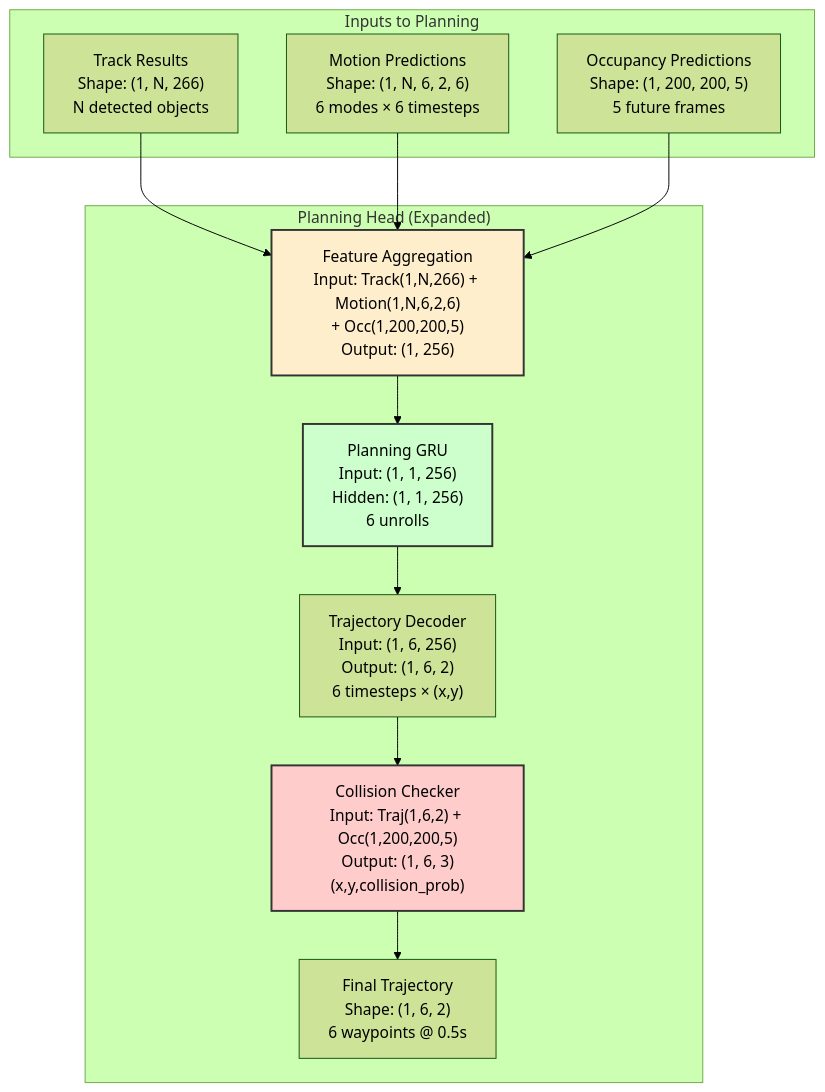
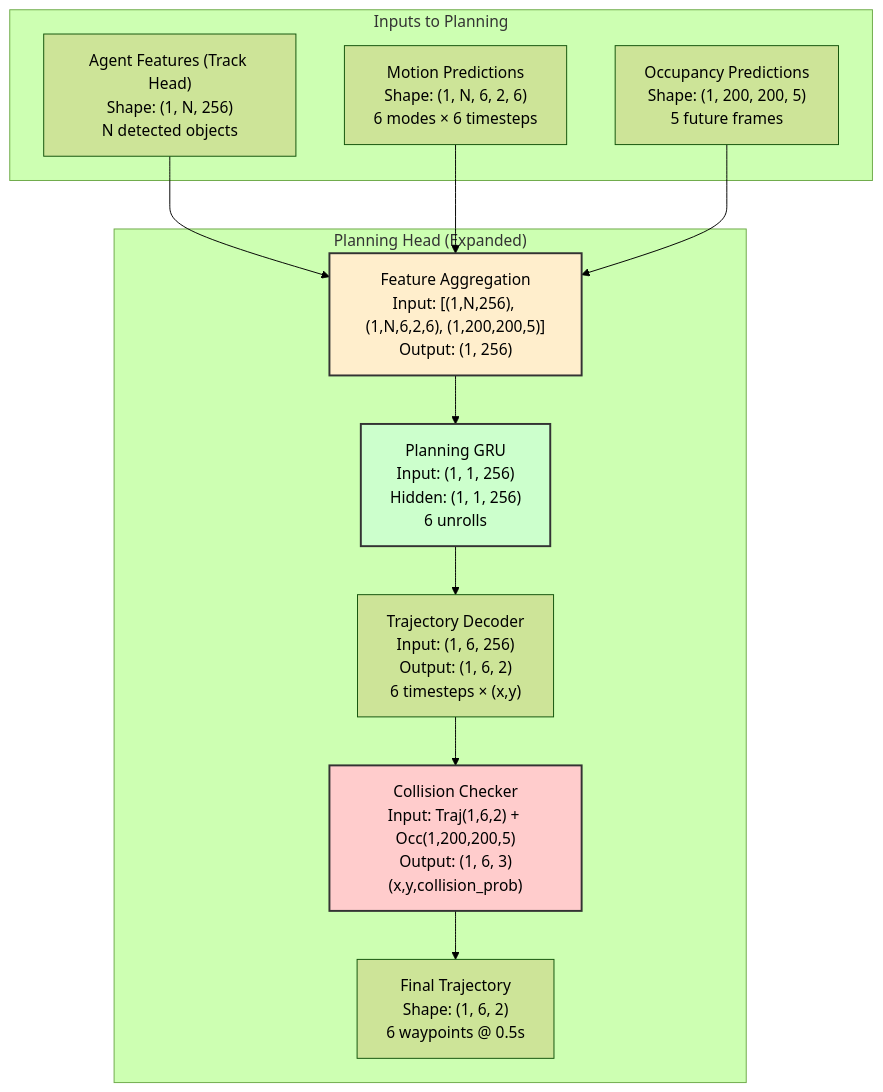
The fifth of 9 diagrams in tools/pytorch_op_tracer/SPEC.md (litanlitudan/UniAD), drawn with Mermaid (forest theme) before and after one commit. The commit also changed other lines of this file and 1 other file, not shown here.

Commit message:
feat: enhance SPEC.md and planning_head_report.md with detailed tensor shape tracking and visualization for Planning Head inputs

````diff
--- a/tools/pytorch_op_tracer/SPEC.md
+++ b/tools/pytorch_op_tracer/SPEC.md
@@ -698,27 +700,27 @@
 ```mermaid
 graph TB
     %% Expanded view of Planning Head with tensor shapes
     subgraph "Inputs to Planning"
-        TrackResults["Track Results<br/>Shape: (1, N, 266)<br/>N detected objects"]
+        TrackResults["Agent Features (Track Head)<br/>Shape: (1, N, 256)<br/>N detected objects"]
         MotionPred["Motion Predictions<br/>Shape: (1, N, 6, 2, 6)<br/>6 modes × 6 timesteps"]
         OccPred["Occupancy Predictions<br/>Shape: (1, 200, 200, 5)<br/>5 future frames"]
     end
     
     subgraph "Planning Head (Expanded)"
-        TrackResults --> FeatureAgg["Feature Aggregation<br/>Input: Track(1,N,266) + Motion(1,N,6,2,6)<br/>+ Occ(1,200,200,5)<br/>Output: (1, 256)"]
+        TrackResults --> FeatureAgg["Feature Aggregation<br/>Input: [(1,N,256), (1,N,6,2,6), (1,200,200,5)]<br/>Output: (1, 256)"]
         MotionPred --> FeatureAgg
         OccPred --> FeatureAgg
         
         FeatureAgg --> PlanningGRU["Planning GRU<br/>Input: (1, 1, 256)<br/>Hidden: (1, 1, 256)<br/>6 unrolls"]
         
         PlanningGRU --> TrajDecoder["Trajectory Decoder<br/>Input: (1, 6, 256)<br/>Output: (1, 6, 2)<br/>6 timesteps × (x,y)"]
         
         TrajDecoder --> CollisionCheck["Collision Checker<br/>Input: Traj(1,6,2) + Occ(1,200,200,5)<br/>Output: (1, 6, 3)<br/>(x,y,collision_prob)"]
         
         CollisionCheck --> FinalTraj["Final Trajectory<br/>Shape: (1, 6, 2)<br/>6 waypoints @ 0.5s"]
     end
     
     style FeatureAgg fill:#ffeecc,stroke:#333,stroke-width:2px
     style PlanningGRU fill:#ccffcc,stroke:#333,stroke-width:2px
     style CollisionCheck fill:#ffcccc,stroke:#333,stroke-width:2px
 ```
````
